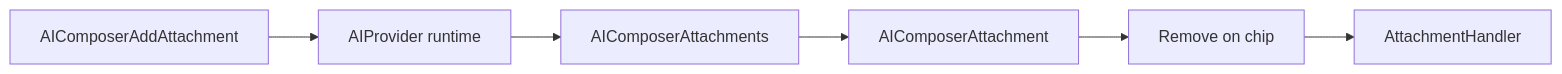
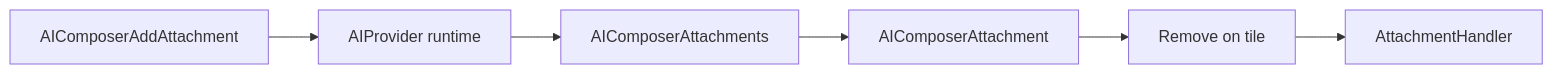
The diagram in packages/shoreline-ai/docs/COMPOSER.md (vtex/shoreline), drawn with Mermaid before and after one commit. The commit also changed other lines of this file and 1 other file, not shown here.

````diff
--- a/packages/shoreline-ai/docs/COMPOSER.md
+++ b/packages/shoreline-ai/docs/COMPOSER.md
@@ -380,8 +380,8 @@
 ```mermaid
 flowchart LR
   AddAttachment[AIComposerAddAttachment] --> Runtime[AIProvider runtime]
   Runtime --> List[AIComposerAttachments]
   List --> Chip[AIComposerAttachment]
-  Chip --> Remove[Remove on chip]
+  Chip --> Remove[Remove on tile]
   Remove --> Handler[AttachmentHandler]
 ```
````
